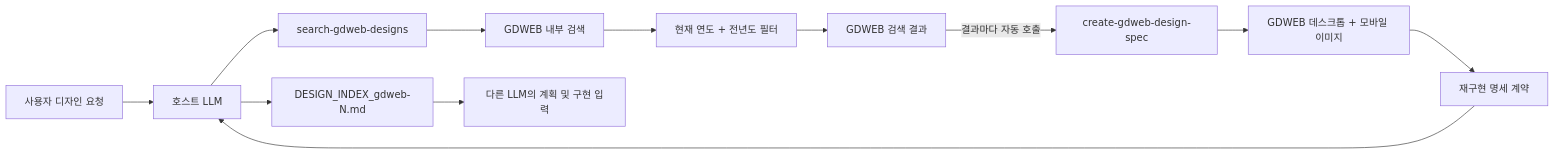
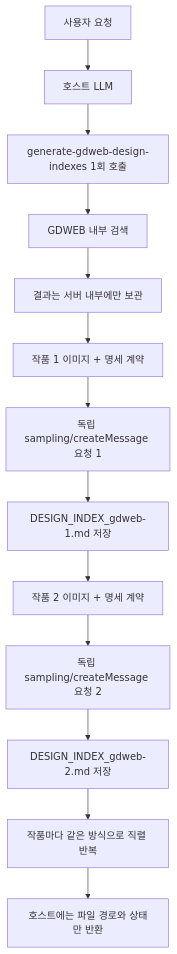
One commit to yyeongjin/secret_mcp changed the first of 2 diagrams in README.md. Above: the diagram before and after it, drawn with Mermaid. The commit also changed other lines of this file and 8 other files, not shown here.

Commit message:
Generate GDWEB indexes in isolated LLM requests

````diff
--- a/README.md
+++ b/README.md
@@ -19,14 +73,15 @@
 ```mermaid
-flowchart LR
-    User["사용자 디자인 요청"] --> LLM["호스트 LLM"]
-    LLM --> Search["search-gdweb-designs"]
-    Search --> Internal["GDWEB 내부 검색"]
-    Internal --> Filter["현재 연도 + 전년도 필터"]
-    Filter --> Results["GDWEB 검색 결과"]
-    Results -->|"결과마다 자동 호출"| Spec["create-gdweb-design-spec"]
-    Spec --> Images["GDWEB 데스크톱 + 모바일 이미지"]
-    Images --> Contract["재구현 명세 계약"]
-    Contract --> LLM
-    LLM --> Docs["DESIGN_INDEX_gdweb-N.md"]
-    Docs --> Build["다른 LLM의 계획 및 구현 입력"]
+flowchart TD
+    User["사용자 요청"] --> Host["호스트 LLM"]
+    Host --> Tool["generate-gdweb-design-indexes 1회 호출"]
+    Tool --> Search["GDWEB 내부 검색"]
+    Search --> Queue["결과는 서버 내부에만 보관"]
+    Queue --> R1["작품 1 이미지 + 명세 계약"]
+    R1 --> S1["독립 sampling/createMessage 요청 1"]
+    S1 --> F1["DESIGN_INDEX_gdweb-1.md 저장"]
+    F1 --> R2["작품 2 이미지 + 명세 계약"]
+    R2 --> S2["독립 sampling/createMessage 요청 2"]
+    S2 --> F2["DESIGN_INDEX_gdweb-2.md 저장"]
+    F2 --> More["작품마다 같은 방식으로 직렬 반복"]
+    More --> Status["호스트에는 파일 경로와 상태만 반환"]
 ```
````
